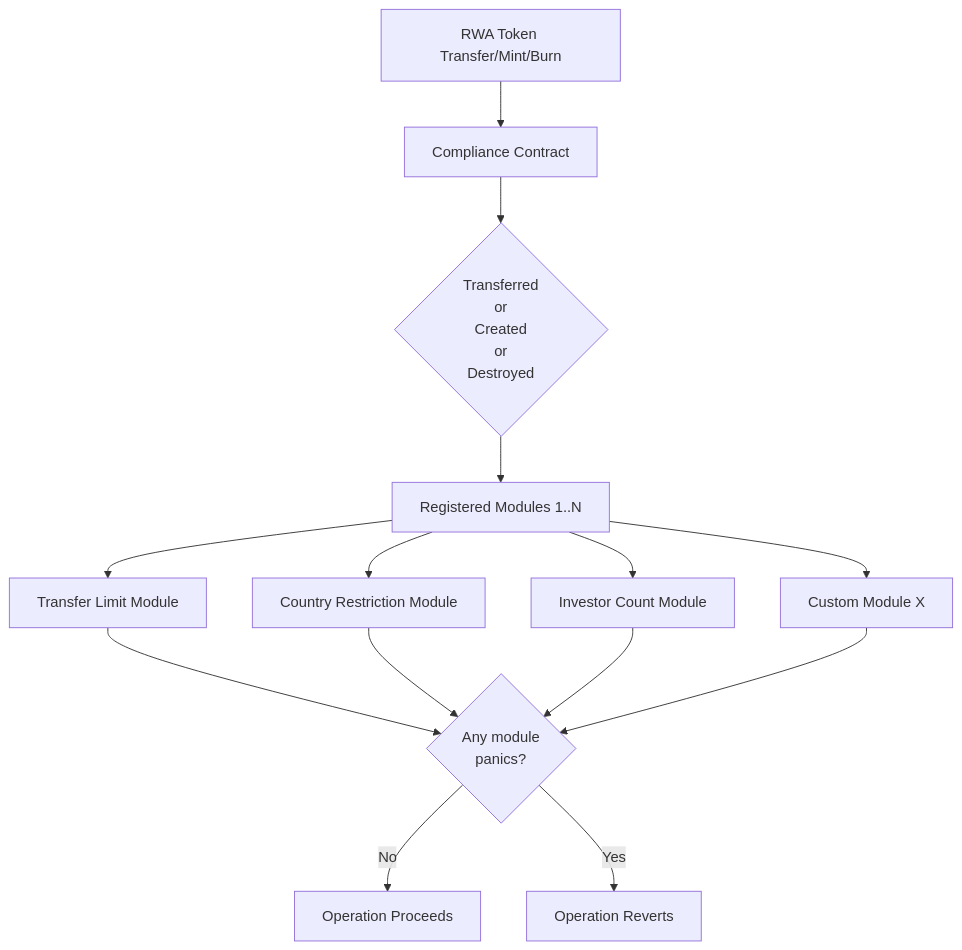
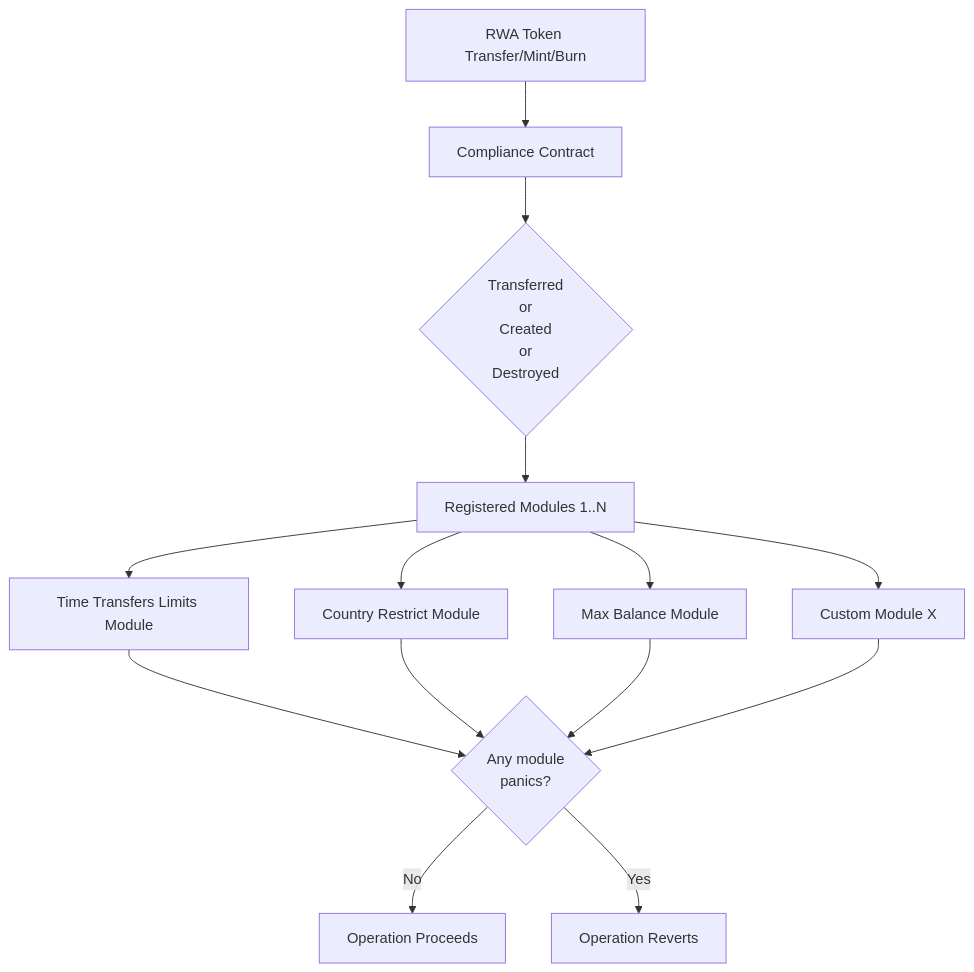
Before and after one commit to OpenZeppelin/docs: the second of 4 diagrams in content/stellar-contracts/tokens/rwa/rwa.mdx, drawn with Mermaid. The commit also changed other lines of this file and 3 other files, not shown here.

````diff
--- a/content/stellar-contracts/tokens/rwa/rwa.mdx
+++ b/content/stellar-contracts/tokens/rwa/rwa.mdx
@@ -424,16 +479,16 @@
 ```mermaid
 graph TD
     A[RWA Token Transfer/Mint/Burn] --> B[Compliance Contract]
     B --> C{Transferred<br/>or<br/>Created<br/>or<br/>Destroyed}
     C --> D[Registered Modules 1..N]
-    D --> E[Transfer Limit Module]
-    D --> F[Country Restriction Module]
-    D --> G[Investor Count Module]
+    D --> E[Time Transfers Limits Module]
+    D --> F[Country Restrict Module]
+    D --> G[Max Balance Module]
     D --> H[Custom Module X]
     E --> I{Any module<br/>panics?}
     F --> I
     G --> I
     H --> I
     I -->|No| J[Operation Proceeds]
     I -->|Yes| K[Operation Reverts]
 ```
````
